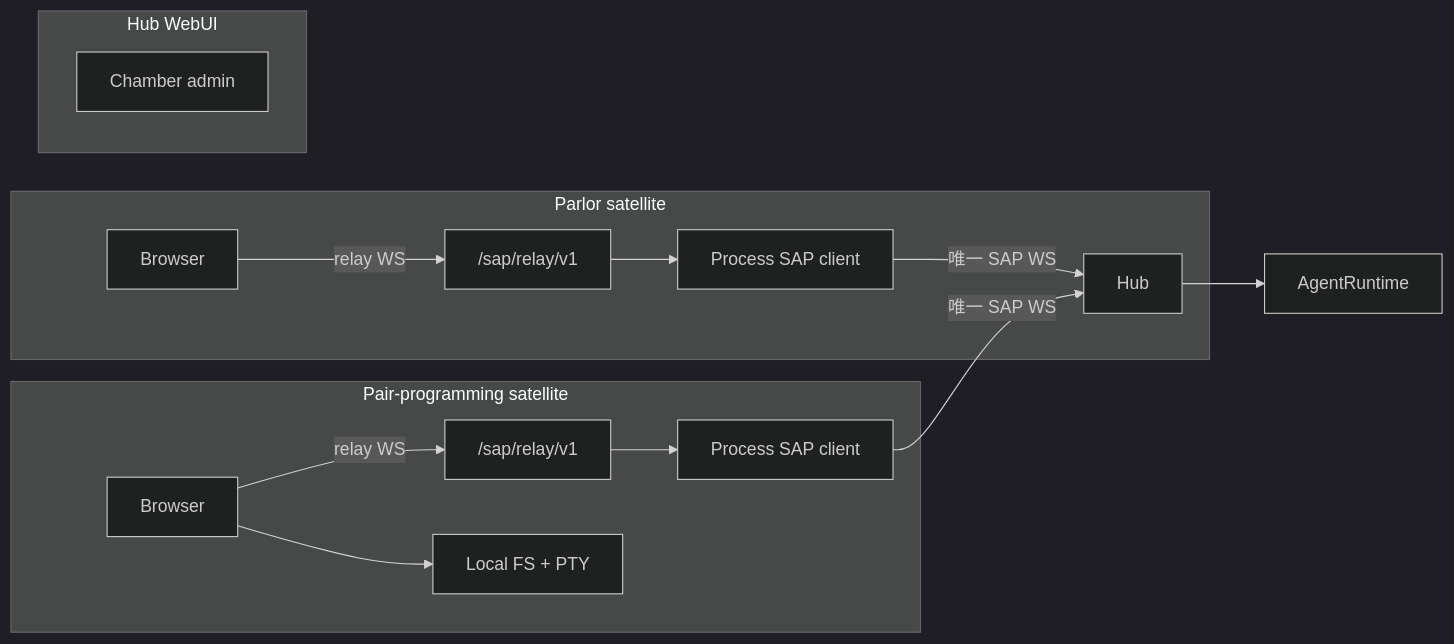
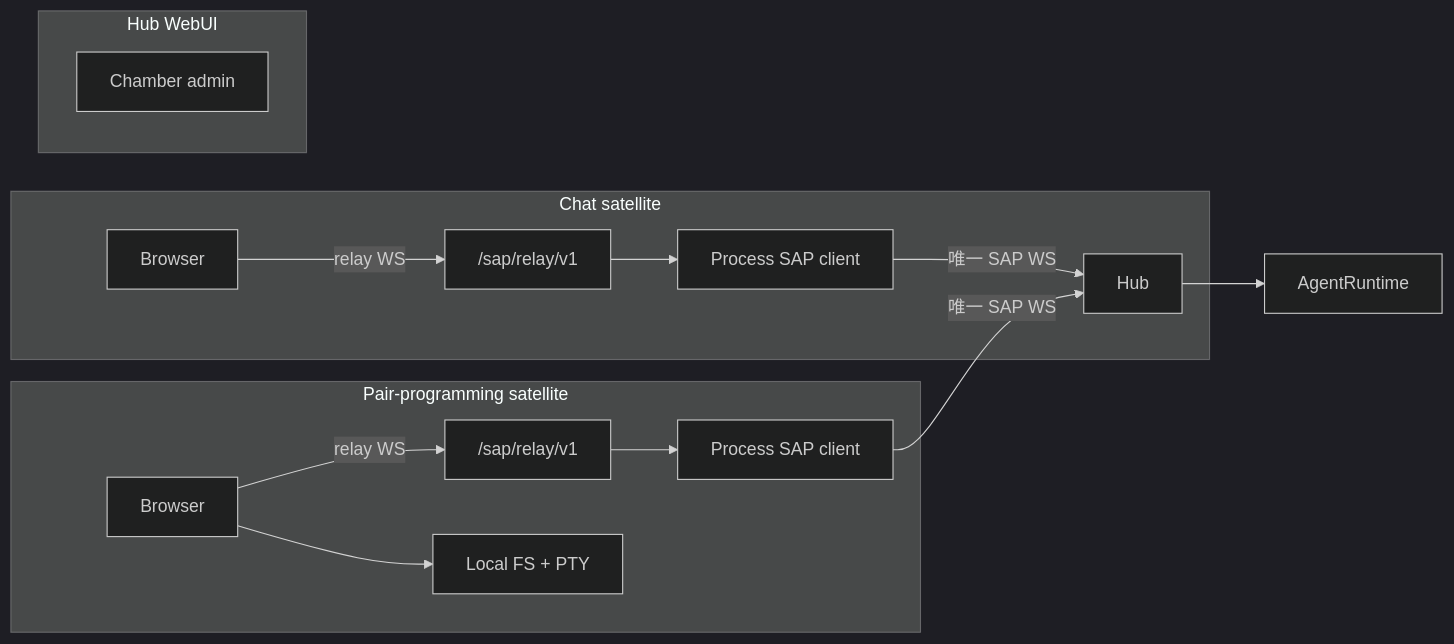
Before and after one commit to freeanima-org/freeanima: the first of 2 diagrams in docs/sap/overview.md, drawn with Mermaid (dark theme). The commit also changed other lines of this file and 114 other files, not shown here.

First line of the commit message:
refactor(satellite)!: 将 parlor 重命名为 chat

````diff
--- a/docs/sap/overview.md
+++ b/docs/sap/overview.md
@@ -20,18 +20,18 @@
 ```mermaid
 flowchart LR
-  subgraph parlor [Parlor satellite]
+  subgraph chat [Chat satellite]
     B1[Browser] -->|relay WS| Relay1["/sap/relay/v1"]
     Relay1 --> Proc1[Process SAP client]
     Proc1 -->|唯一 SAP WS| Hub
   end
   subgraph ppy [Pair-programming satellite]
     B2[Browser] -->|relay WS| Relay2["/sap/relay/v1"]
     Relay2 --> Proc2[Process SAP client]
     Proc2 -->|唯一 SAP WS| Hub
     B2 --> Local[Local FS + PTY]
   end
   Hub --> Runtime[AgentRuntime]
   subgraph hubWebUI [Hub WebUI]
     Chamber[Chamber admin]
   end
 ```
````
